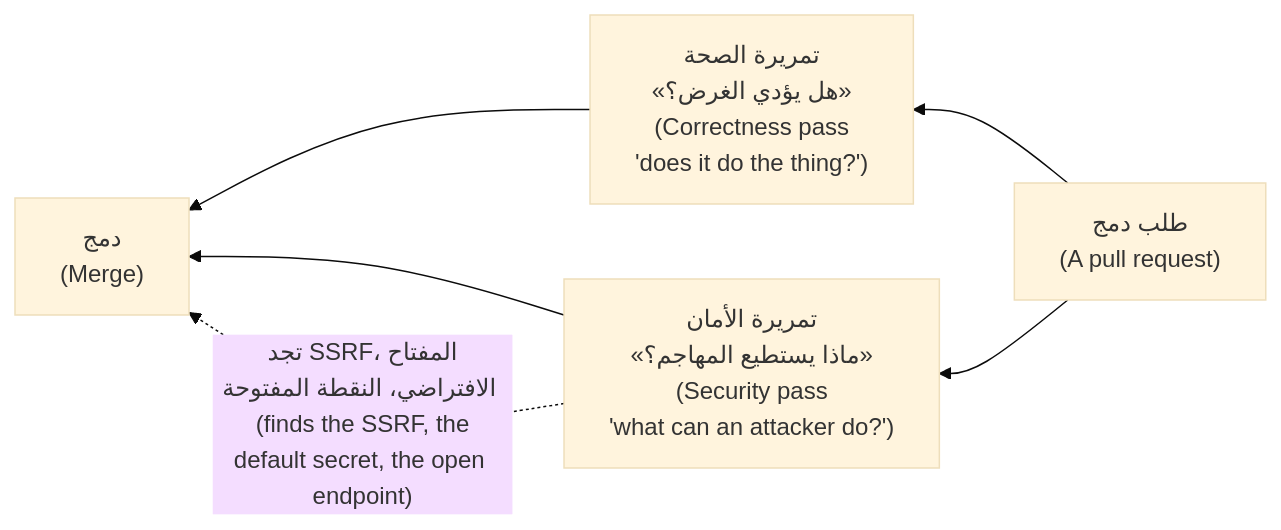
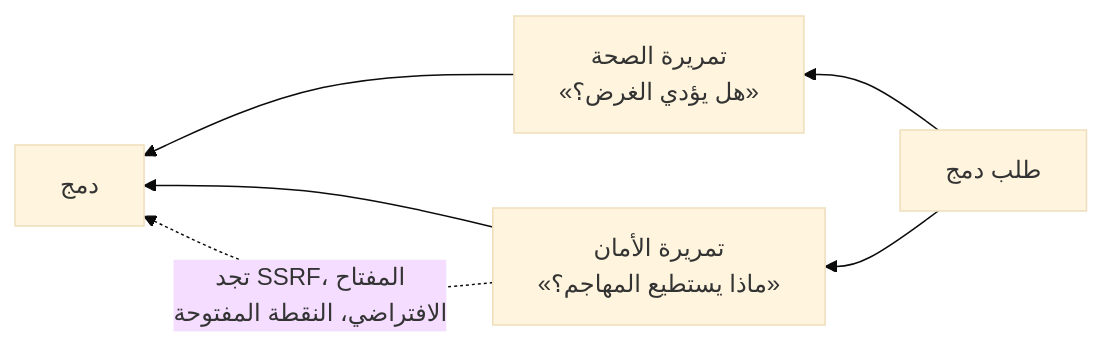
One commit to Tamoura/system-design-for-vibe-coders changed the sixth of 7 diagrams in modules/05-users-abuse/module.ar.md. Above: the diagram before and after it, drawn with Mermaid (base theme). The commit also changed other lines of this file and 551 other files, not shown here.

````diff
--- a/modules/05-users-abuse/module.ar.md
+++ b/modules/05-users-abuse/module.ar.md
@@ -844,8 +844,8 @@
 ```mermaid
 flowchart RL
-    PR["طلب دمج<br/>(A pull request)"] --> C["تمريرة الصحة<br/>«هل يؤدي الغرض؟»<br/>(Correctness pass<br/>'does it do the thing?')"]
-    PR --> S["تمريرة الأمان<br/>«ماذا يستطيع المهاجم؟»<br/>(Security pass<br/>'what can an attacker do?')"]
-    C --> M["دمج<br/>(Merge)"]
+    PR["طلب دمج"] --> C["تمريرة الصحة<br/>«هل يؤدي الغرض؟»"]
+    PR --> S["تمريرة الأمان<br/>«ماذا يستطيع المهاجم؟»"]
+    C --> M["دمج"]
     S --> M
-    S -.->|"تجد SSRF، المفتاح<br/>الافتراضي، النقطة المفتوحة (finds the SSRF, the<br/>default secret, the open endpoint)"| M
+    S -.->|"تجد SSRF، المفتاح<br/>الافتراضي، النقطة المفتوحة"| M
 ```
````
